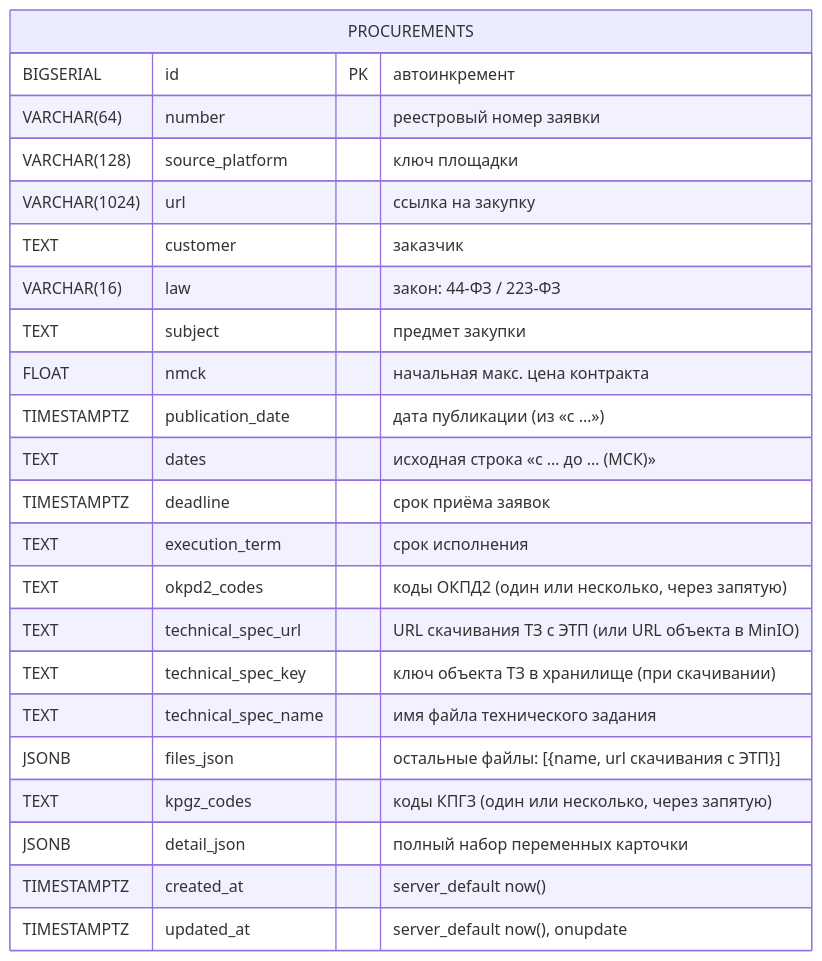
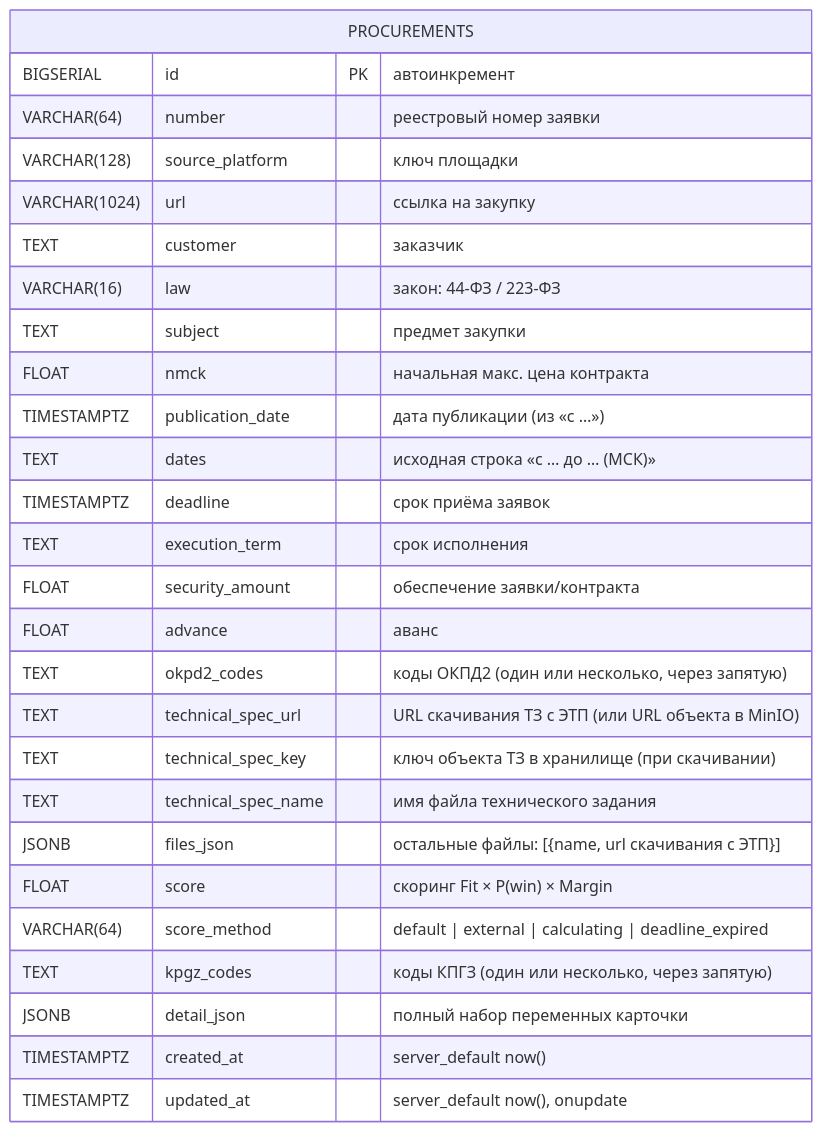
The diagram in docs/c4/db-schema.md (igorvolk1961/zakupki_parser), drawn with Mermaid before and after one commit. The commit also changed 21 other files, not shown here.

First line of the commit message:
feat: скоринг — deadline_expired (score=0) и API для внешнего сервиса

````diff
--- a/docs/c4/db-schema.md
+++ b/docs/c4/db-schema.md
@@ -6,30 +6,34 @@
 ```mermaid
 erDiagram
     PROCUREMENTS {
         BIGSERIAL id PK "автоинкремент"
         VARCHAR(64) number "реестровый номер заявки"
         VARCHAR(128) source_platform "ключ площадки"
         VARCHAR(1024) url "ссылка на закупку"
         TEXT customer "заказчик"
         VARCHAR(16) law "закон: 44-ФЗ / 223-ФЗ"
         TEXT subject "предмет закупки"
         FLOAT nmck "начальная макс. цена контракта"
         TIMESTAMPTZ publication_date "дата публикации (из «с …»)"
         TEXT dates "исходная строка «с … до … (МСК)»"
         TIMESTAMPTZ deadline "срок приёма заявок"
         TEXT execution_term "срок исполнения"
+        FLOAT security_amount "обеспечение заявки/контракта"
+        FLOAT advance "аванс"
         TEXT okpd2_codes "коды ОКПД2 (один или несколько, через запятую)"
         TEXT technical_spec_url "URL скачивания ТЗ с ЭТП (или URL объекта в MinIO)"
         TEXT technical_spec_key "ключ объекта ТЗ в хранилище (при скачивании)"
         TEXT technical_spec_name "имя файла технического задания"
         JSONB files_json "остальные файлы: [{name, url скачивания с ЭТП}]"
+        FLOAT score "скоринг Fit × P(win) × Margin"
+        VARCHAR(64) score_method "default | external | calculating | deadline_expired"
         TEXT kpgz_codes "коды КПГЗ (один или несколько, через запятую)"
         JSONB detail_json "полный набор переменных карточки"
         TIMESTAMPTZ created_at "server_default now()"
         TIMESTAMPTZ updated_at "server_default now(), onupdate"
     }
 
     %% Схема имеет одну таблицу. Дата последней обработанной записи
     %% НЕ хранится в БД — она получается SQL-запросом, а порог по умолчанию
     %% хранится в state-файле data/last_seen.json и конфиге config_service.yaml.
 ```
````
